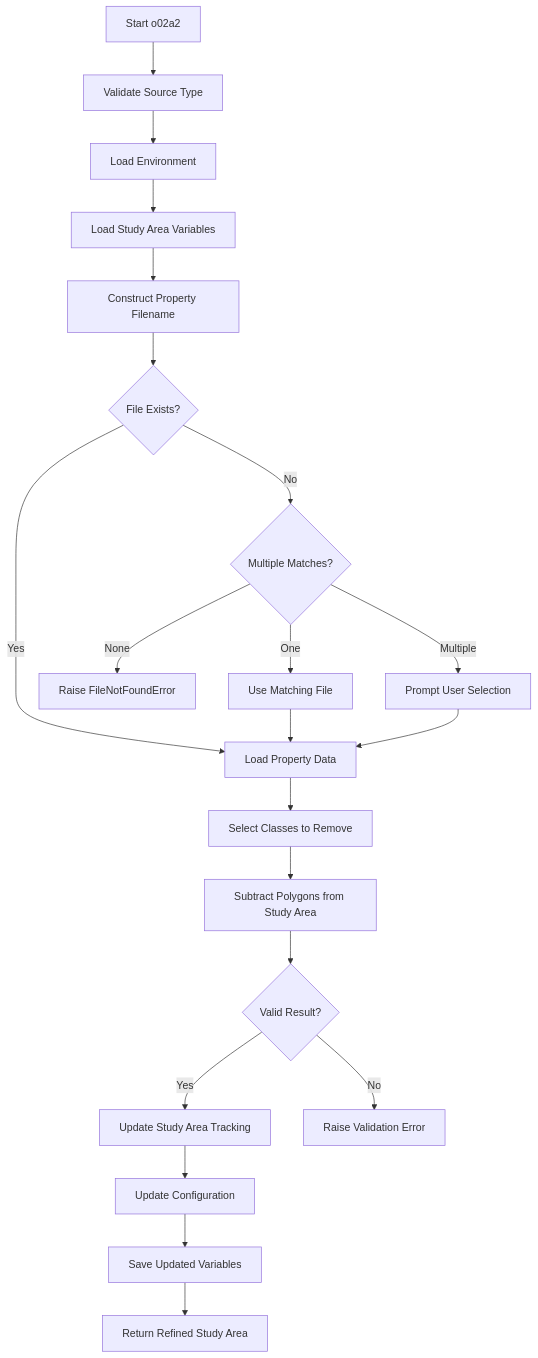
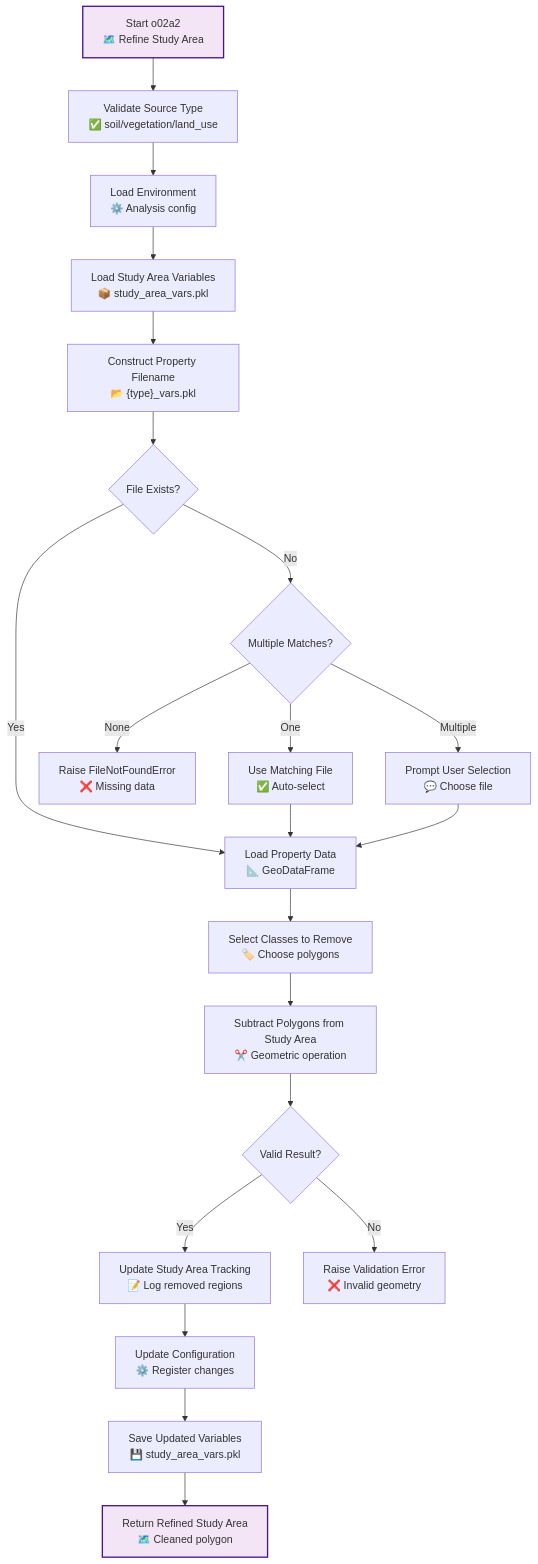
The diagram in docs/scripts/optional/o02a2_refine_study_area.md (sasa-misia/P-SLIP), drawn with Mermaid before and after one commit. The commit also changed 15 other files, not shown here.

Commit message:
docs: enhance documentation with detailed flowcharts and improve clarity in process descriptions

````diff
--- a/docs/scripts/optional/o02a2_refine_study_area.md
+++ b/docs/scripts/optional/o02a2_refine_study_area.md
@@ -134,23 +134,28 @@
 ```mermaid
 graph TD
-    A[Start o02a2] --> B[Validate Source Type]
-    B --> C[Load Environment]
-    C --> D[Load Study Area Variables]
-    D --> E[Construct Property Filename]
+    %% Study Area Refinement Flow
+    A["Start o02a2<br/>🗺️ Refine Study Area"] --> B["Validate Source Type<br/>✅ soil/vegetation/land_use"]
+    B --> C["Load Environment<br/>⚙️ Analysis config"]
+    C --> D["Load Study Area Variables<br/>📦 study_area_vars.pkl"]
+    D --> E["Construct Property Filename<br/>📂 {type}_vars.pkl"]
     E --> F{File Exists?}
-    F -->|Yes| G[Load Property Data]
+    F -->|Yes| G["Load Property Data<br/>📐 GeoDataFrame"]
     F -->|No| H{Multiple Matches?}
-    H -->|One| I[Use Matching File]
-    H -->|None| J[Raise FileNotFoundError]
-    H -->|Multiple| K[Prompt User Selection]
+    H -->|One| I["Use Matching File<br/>✅ Auto-select"]
+    H -->|None| J["Raise FileNotFoundError<br/>❌ Missing data"]
+    H -->|Multiple| K["Prompt User Selection<br/>💬 Choose file"]
     I --> G
     K --> G
-    G --> L[Select Classes to Remove]
-    L --> M[Subtract Polygons from Study Area]
+    G --> L["Select Classes to Remove<br/>🏷️ Choose polygons"]
+    L --> M["Subtract Polygons from Study Area<br/>✂️ Geometric operation"]
     M --> N{Valid Result?}
-    N -->|Yes| O[Update Study Area Tracking]
-    N -->|No| P[Raise Validation Error]
-    O --> Q[Update Configuration]
-    Q --> R[Save Updated Variables]
-    R --> S[Return Refined Study Area]
+    N -->|Yes| O["Update Study Area Tracking<br/>📝 Log removed regions"]
+    N -->|No| P["Raise Validation Error<br/>❌ Invalid geometry"]
+    O --> Q["Update Configuration<br/>⚙️ Register changes"]
+    Q --> R["Save Updated Variables<br/>💾 study_area_vars.pkl"]
+    R --> S["Return Refined Study Area<br/>🗺️ Cleaned polygon"]
+    
+    %% Styling
+    style A fill:#f3e5f5,stroke:#4a148c,stroke-width:2px
+    style S fill:#f3e5f5,stroke:#4a148c,stroke-width:2px
 ```
````
